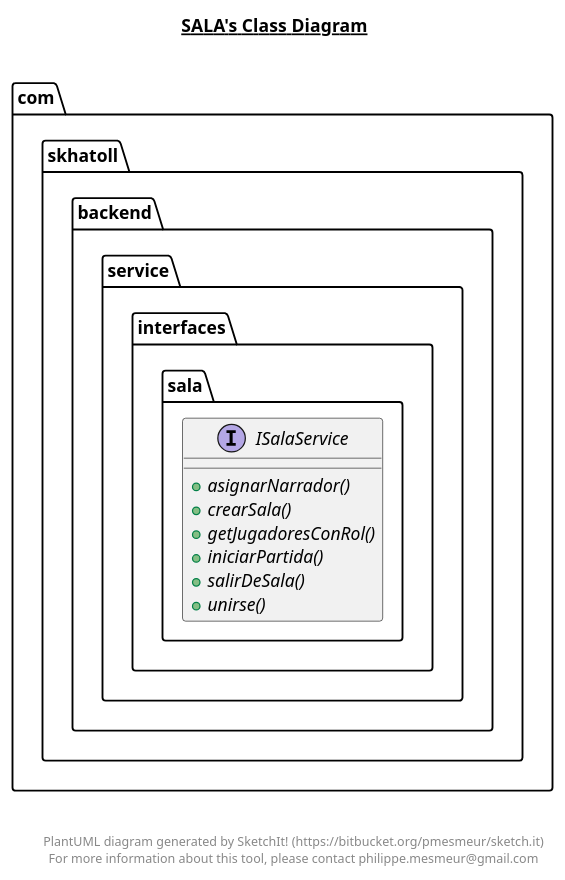
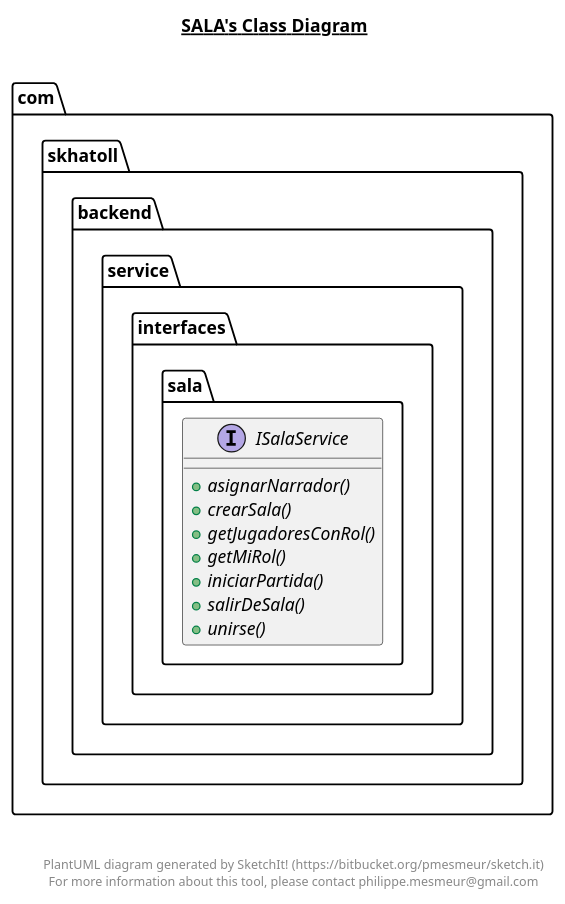
Before and after one commit to David-GutSal/Skhatoll: the diagram in backend/src/main/java/com/skhatoll/backend/service/interfaces/sala/sala.plantuml, drawn with PlantUML. The commit also changed 18 other files, not shown here.

```diff
--- a/backend/src/main/java/com/skhatoll/backend/service/interfaces/sala/sala.plantuml
+++ b/backend/src/main/java/com/skhatoll/backend/service/interfaces/sala/sala.plantuml
@@ -1,28 +1,29 @@
 @startuml
 
 title __SALA's Class Diagram__\n
 
   namespace com.skhatoll.backend {
     namespace service.interfaces.sala {
       interface com.skhatoll.backend.service.interfaces.sala.ISalaService {
           {abstract} + asignarNarrador()
           {abstract} + crearSala()
           {abstract} + getJugadoresConRol()
+          {abstract} + getMiRol()
           {abstract} + iniciarPartida()
           {abstract} + salirDeSala()
           {abstract} + unirse()
       }
     }
   }
   
 
 
 
 right footer
 
 
 PlantUML diagram generated by SketchIt! (https://bitbucket.org/pmesmeur/sketch.it)
 For more information about this tool, please contact philippe.mesmeur@gmail.com
 endfooter
 
 @enduml
```
